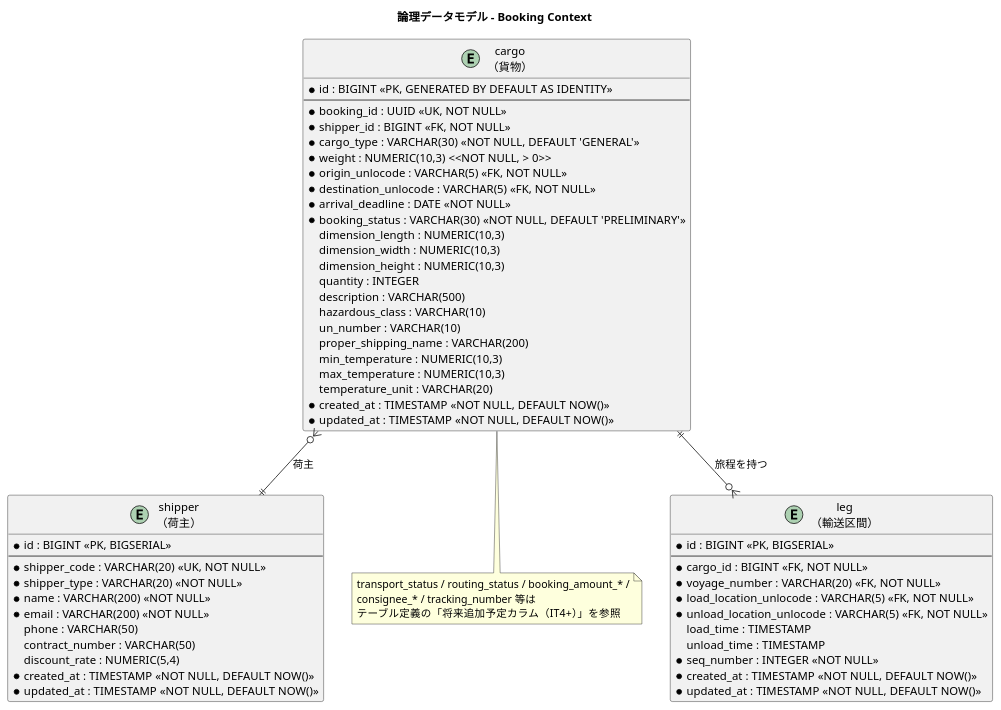
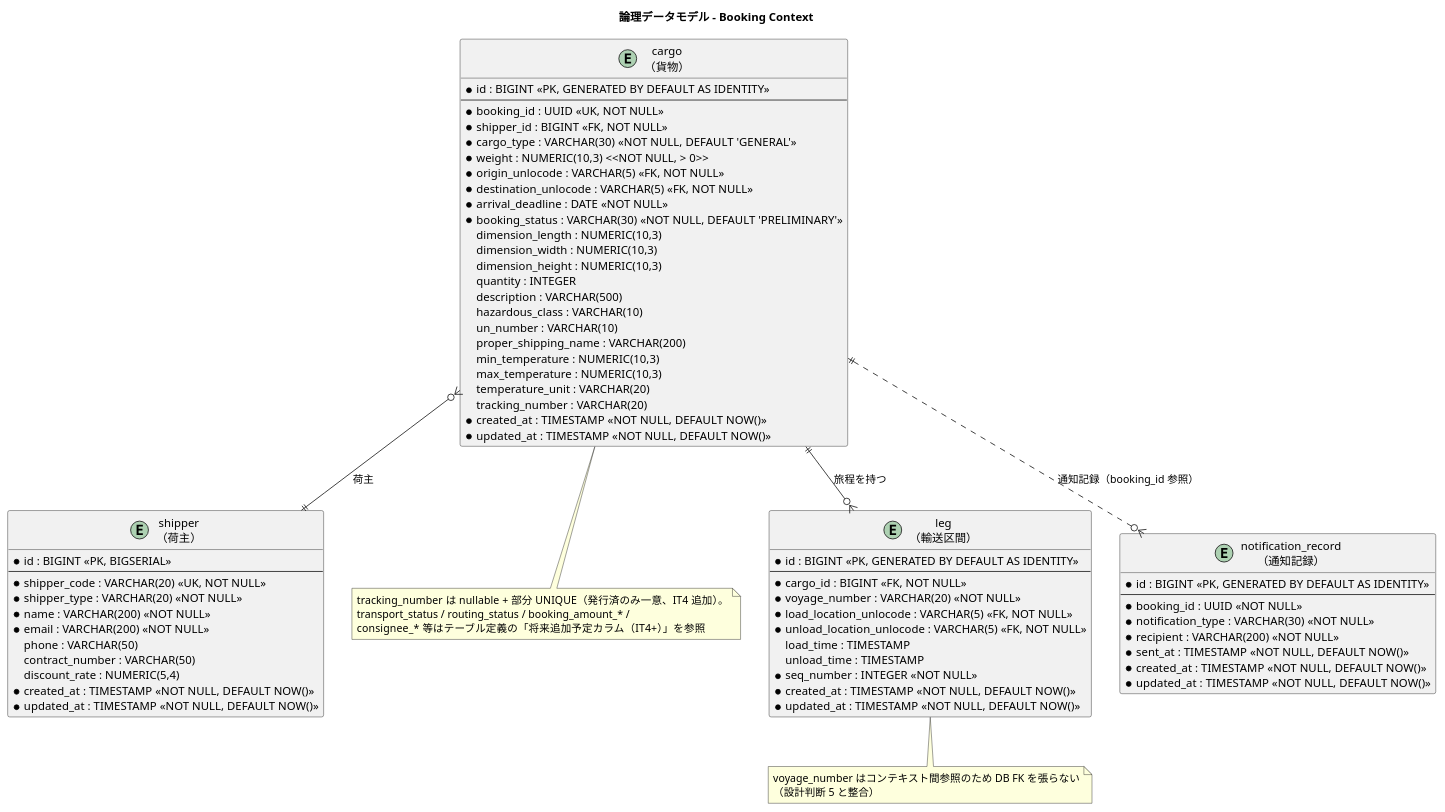
One commit to k2works/case-study-cargo-tracker changed the third of 9 diagrams in docs/design/data-model.md. Above: the diagram before and after it, drawn with PlantUML. The commit also changed other lines of this file and 4 other files, not shown here.

````diff
--- a/docs/design/data-model.md
+++ b/docs/design/data-model.md
@@ -340,21 +340,22 @@
   min_temperature : NUMERIC(10,3)
   max_temperature : NUMERIC(10,3)
   temperature_unit : VARCHAR(20)
+  tracking_number : VARCHAR(20)
   * created_at : TIMESTAMP <<NOT NULL, DEFAULT NOW()>>
   * updated_at : TIMESTAMP <<NOT NULL, DEFAULT NOW()>>
 }
 
 note bottom of cargo
+  tracking_number は nullable + 部分 UNIQUE（発行済のみ一意、IT4 追加）。
   transport_status / routing_status / booking_amount_* /
-  consignee_* / tracking_number 等は
-  テーブル定義の「将来追加予定カラム（IT4+）」を参照
+  consignee_* 等はテーブル定義の「将来追加予定カラム（IT4+）」を参照
 end note
 
 entity "leg\n（輸送区間）" as leg {
-  * id : BIGINT <<PK, BIGSERIAL>>
+  * id : BIGINT <<PK, GENERATED BY DEFAULT AS IDENTITY>>
   --
   * cargo_id : BIGINT <<FK, NOT NULL>>
-  * voyage_number : VARCHAR(20) <<FK, NOT NULL>>
+  * voyage_number : VARCHAR(20) <<NOT NULL>>
   * load_location_unlocode : VARCHAR(5) <<FK, NOT NULL>>
   * unload_location_unlocode : VARCHAR(5) <<FK, NOT NULL>>
   load_time : TIMESTAMP
@@ -364,8 +365,25 @@
   * updated_at : TIMESTAMP <<NOT NULL, DEFAULT NOW()>>
 }
 
+note bottom of leg
+  voyage_number はコンテキスト間参照のため DB FK を張らない
+  （設計判断 5 と整合）
+end note
+
+entity "notification_record\n（通知記録）" as notification_record {
+  * id : BIGINT <<PK, GENERATED BY DEFAULT AS IDENTITY>>
+  --
+  * booking_id : UUID <<NOT NULL>>
+  * notification_type : VARCHAR(30) <<NOT NULL>>
+  * recipient : VARCHAR(200) <<NOT NULL>>
+  * sent_at : TIMESTAMP <<NOT NULL, DEFAULT NOW()>>
+  * created_at : TIMESTAMP <<NOT NULL, DEFAULT NOW()>>
+  * updated_at : TIMESTAMP <<NOT NULL, DEFAULT NOW()>>
+}
+
 cargo }o--|| shipper : "荷主"
 cargo ||--o{ leg : "旅程を持つ"
+cargo ||..o{ notification_record : "通知記録（booking_id 参照）"
 
 @enduml
 ```
````
